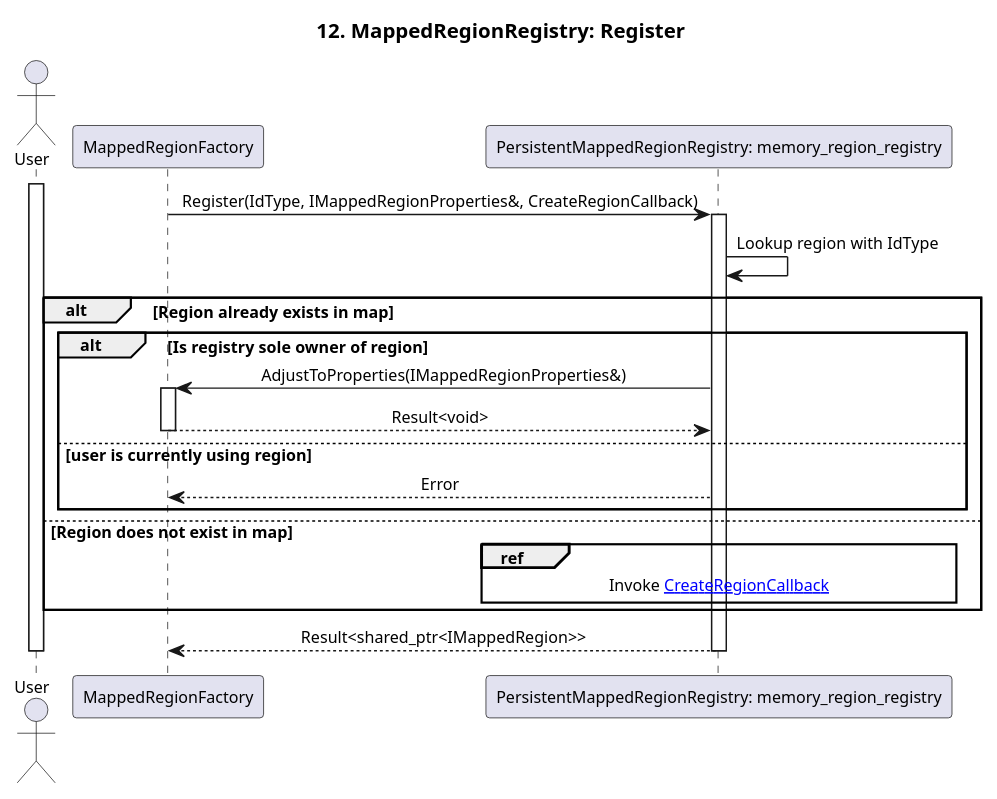
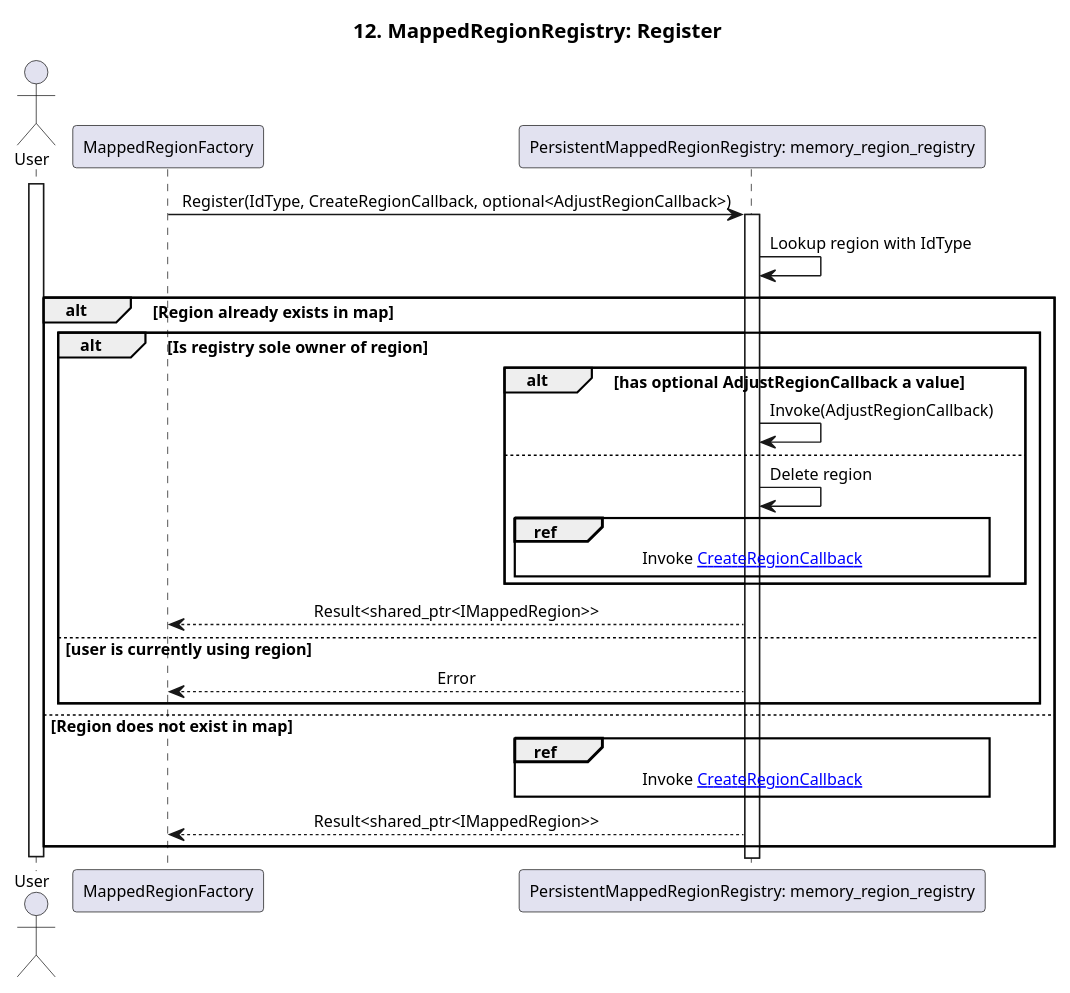
Before and after one commit to eclipse-score/communication: the diagram in score/memory/shared/design/redesign_proposal/assets/seq_12_persistent_mapped_region_registry_register.puml, drawn with PlantUML. The commit also changed 7 other files, not shown here.

Commit message:
Adapt sequences, class diagram and extended README.md

```diff
--- a/score/memory/shared/design/redesign_proposal/assets/seq_12_persistent_mapped_region_registry_register.puml
+++ b/score/memory/shared/design/redesign_proposal/assets/seq_12_persistent_mapped_region_registry_register.puml
@@ -1,44 +1,44 @@
 @startuml seq_12_mapped_region_registry_register
 title 12. MappedRegionRegistry: Register
 skinparam defaultFontSize 11
 skinparam sequenceMessageAlign center
 
 actor "User" as User
 participant "MappedRegionFactory" as memory_region_factory
 participant "PersistentMappedRegionRegistry: memory_region_registry" as persistent_memory_region_registry
 
 activate User
 
-memory_region_factory -> persistent_memory_region_registry : Register(IdType, IMappedRegionProperties&, CreateRegionCallback)
+memory_region_factory -> persistent_memory_region_registry : Register(IdType, CreateRegionCallback, optional<AdjustRegionCallback>)
 activate persistent_memory_region_registry
 
 persistent_memory_region_registry -> persistent_memory_region_registry : Lookup region with IdType
 
 alt Region already exists in map
 
     alt Is registry sole owner of region
-        persistent_memory_region_registry -> memory_region_factory : AdjustToProperties(IMappedRegionProperties&)
-        activate memory_region_factory
-
-        memory_region_factory --> persistent_memory_region_registry : Result<void>
-        deactivate memory_region_factory
-        
+        alt has optional AdjustRegionCallback a value
+            persistent_memory_region_registry -> persistent_memory_region_registry : Invoke(AdjustRegionCallback)
+        else
+            persistent_memory_region_registry -> persistent_memory_region_registry : Delete region
+            ref over persistent_memory_region_registry
+                Invoke [[./seq_17_posix_named_mapped_region_create_callback.puml CreateRegionCallback]]
+            end ref
+        end
+        persistent_memory_region_registry --> memory_region_factory : Result<shared_ptr<IMappedRegion>>
     else user is currently using region
         persistent_memory_region_registry --> memory_region_factory : Error
     end
 
 else Region does not exist in map
 
     ref over persistent_memory_region_registry
         Invoke [[./seq_17_posix_named_mapped_region_create_callback.puml CreateRegionCallback]]
     end ref
-
+    persistent_memory_region_registry --> memory_region_factory : Result<shared_ptr<IMappedRegion>>
 end
-
-persistent_memory_region_registry --> memory_region_factory : Result<shared_ptr<IMappedRegion>>
-deactivate persistent_memory_region_registry
 
 deactivate memory_region_factory
 deactivate User
 
 @enduml
```
